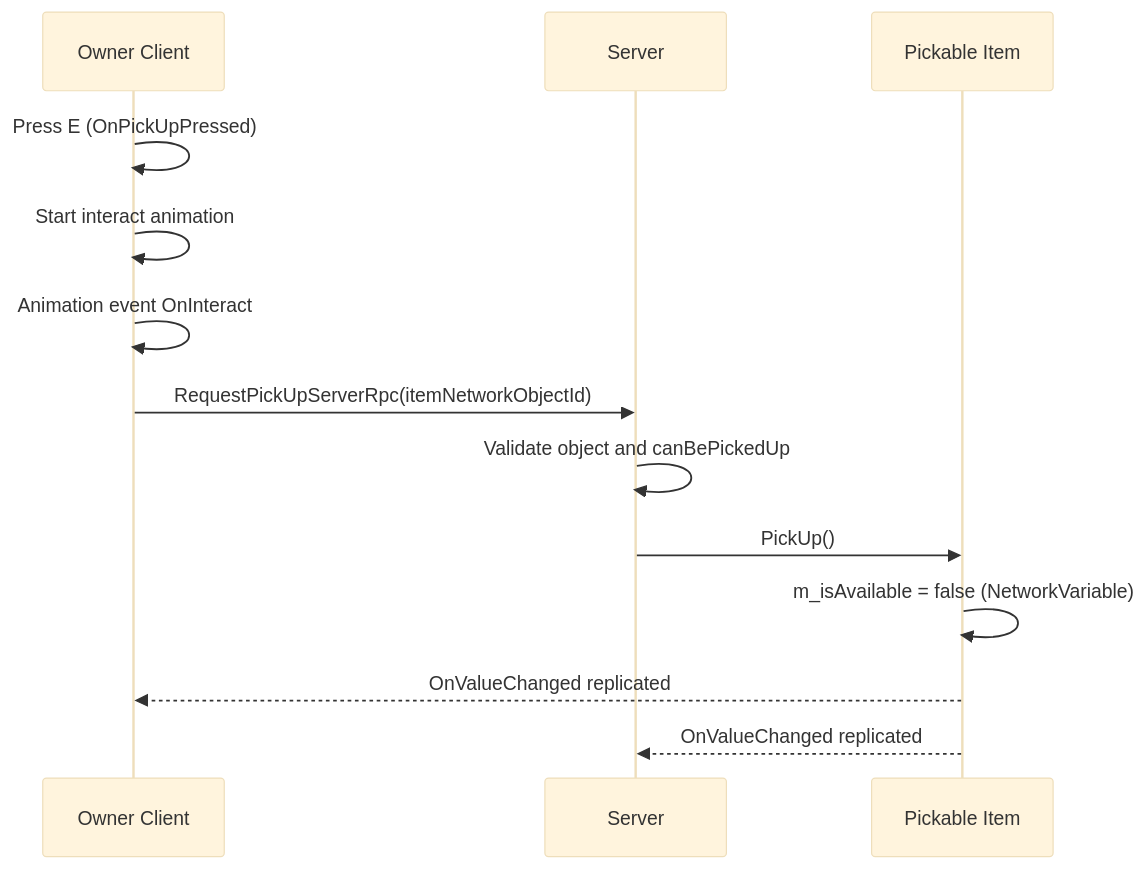
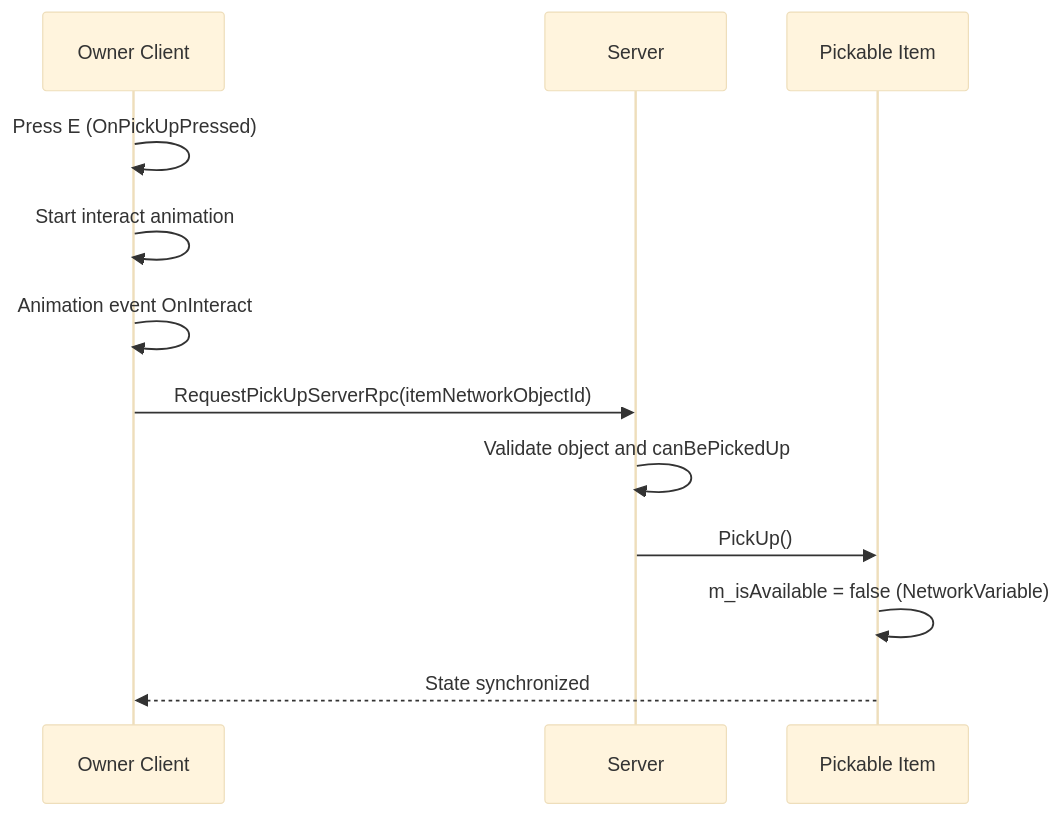
Before and after one commit to zmwebdev/Unity-Multiplayer-Tutorial-SVS: the second of 4 diagrams in MULTIPLAYER_DEVELOPMENT_GUIDE.md, drawn with Mermaid (base theme). The commit also changed other lines of this file and 1 other file, not shown here.

````diff
--- a/MULTIPLAYER_DEVELOPMENT_GUIDE.md
+++ b/MULTIPLAYER_DEVELOPMENT_GUIDE.md
@@ -129,16 +185,15 @@
 ```mermaid
 sequenceDiagram
     participant Owner as Owner Client
     participant Server as Server
     participant Item as Pickable Item
 
     Owner->>Owner: Press E (OnPickUpPressed)
     Owner->>Owner: Start interact animation
     Owner->>Owner: Animation event OnInteract
     Owner->>Server: RequestPickUpServerRpc(itemNetworkObjectId)
     Server->>Server: Validate object and canBePickedUp
     Server->>Item: PickUp()
     Item->>Item: m_isAvailable = false (NetworkVariable)
-    Item-->>Owner: OnValueChanged replicated
-    Item-->>Server: OnValueChanged replicated
+    Item-->>Owner: State synchronized
 ```
````
